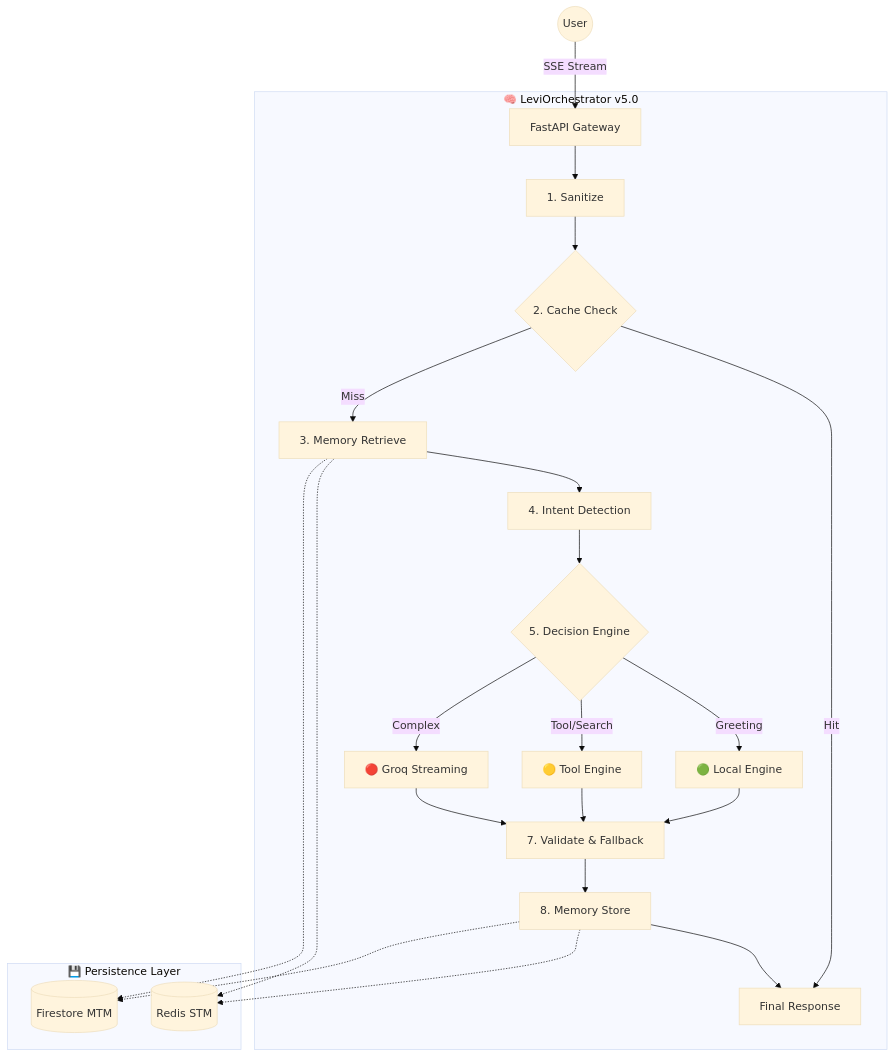
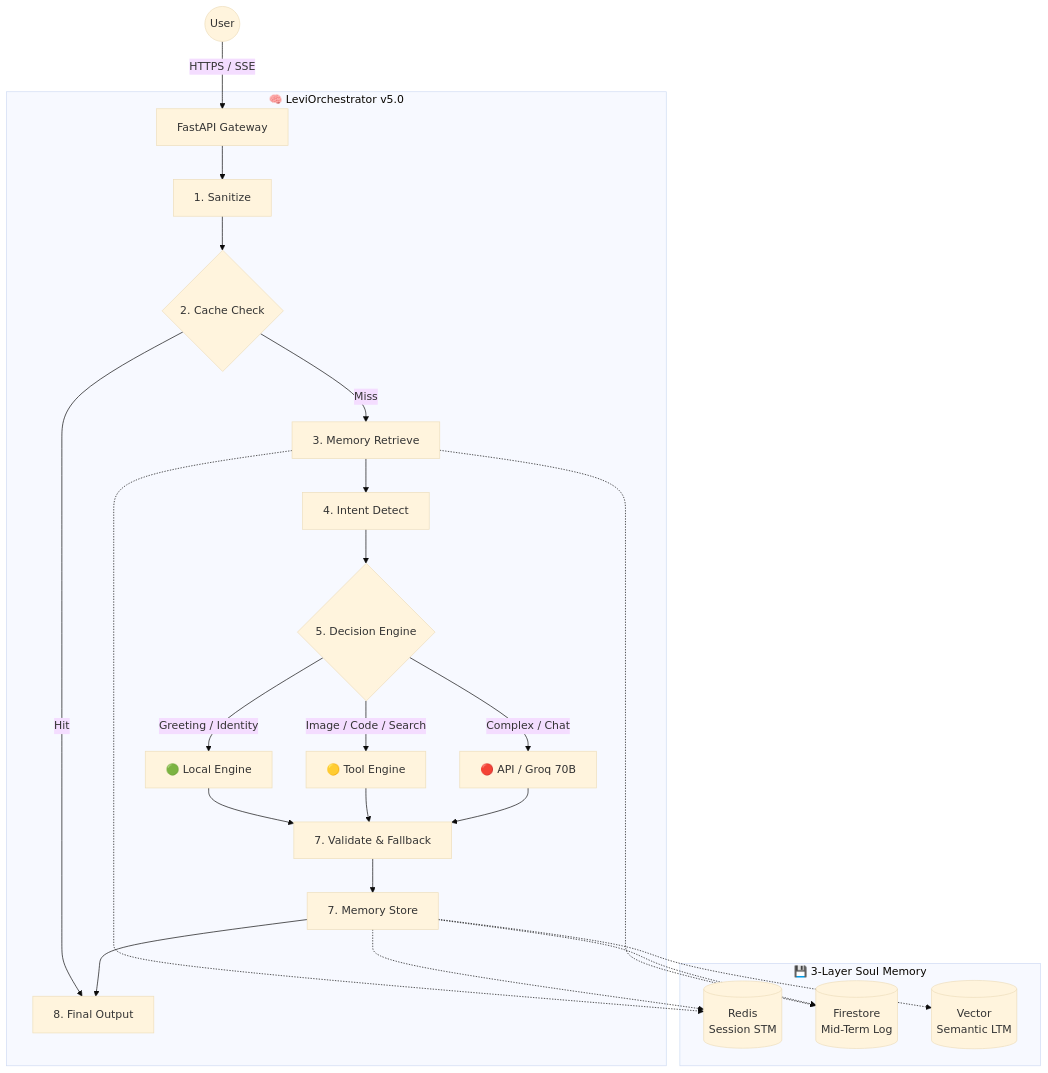
The diagram in README.md (Blackdrg/levi-ai-innovate), drawn with Mermaid (base theme) before and after one commit. The commit also changed other lines of this file and 1 other file, not shown here.

````diff
--- a/README.md
+++ b/README.md
@@ -13,31 +17,31 @@
 ```mermaid
 graph TD
-    User((User)) -->|SSE Stream| GW[FastAPI Gateway]
-    
+    User((User)) -->|HTTPS / SSE| GW[FastAPI Gateway]
+
     subgraph Brain ["🧠 LeviOrchestrator v5.0"]
         GW --> San[1. Sanitize]
-        San --> Cache{2. Cache Check}
-        Cache -->|Hit| Out
+         San --> Cache{2. Cache Check}
+        Cache -->|Hit| Out[8. Final Output]
         Cache -->|Miss| Mem[3. Memory Retrieve]
-        Mem --> Int[4. Intent Detection]
+        Mem --> Int[4. Intent Detect]
         Int --> Dec{5. Decision Engine}
-        
-        Dec -->|Greeting| Local[🟢 Local Engine]
-        Dec -->|Tool/Search| Tool[🟡 Tool Engine]
-        Dec -->|Complex| API[🔴 Groq Streaming]
-        
+
+        Dec -->|Greeting / Identity| Local[🟢 Local Engine]
+        Dec -->|Image / Code / Search| Tool[🟡 Tool Engine]
+        Dec -->|Complex / Chat| API[🔴 API / Groq 70B]
+
         Local --> Val[7. Validate & Fallback]
-        Tool --> Val
-        API --> Val
-        
-        Val --> Store[8. Memory Store]
-        Store --> Out[Final Response]
+        Tool  --> Val
+        API   --> Val
+        Val   --> Store[7. Memory Store]
+        Store --> Out
     end
-    
-    subgraph Storage ["💾 Persistence Layer"]
-        Mem -.-> Redis[(Redis STM)]
-        Mem -.-> FS[(Firestore MTM)]
+
+    subgraph Storage ["💾 3-Layer Soul Memory"]
+        Mem -.-> Redis[(Redis\nSession STM)]
+        Mem -.-> FS[(Firestore\nMid-Term Log)]
         Store -.-> Redis
         Store -.-> FS
+        Store -.-> Vec[(Vector\nSemantic LTM)]
     end
 ```
````
